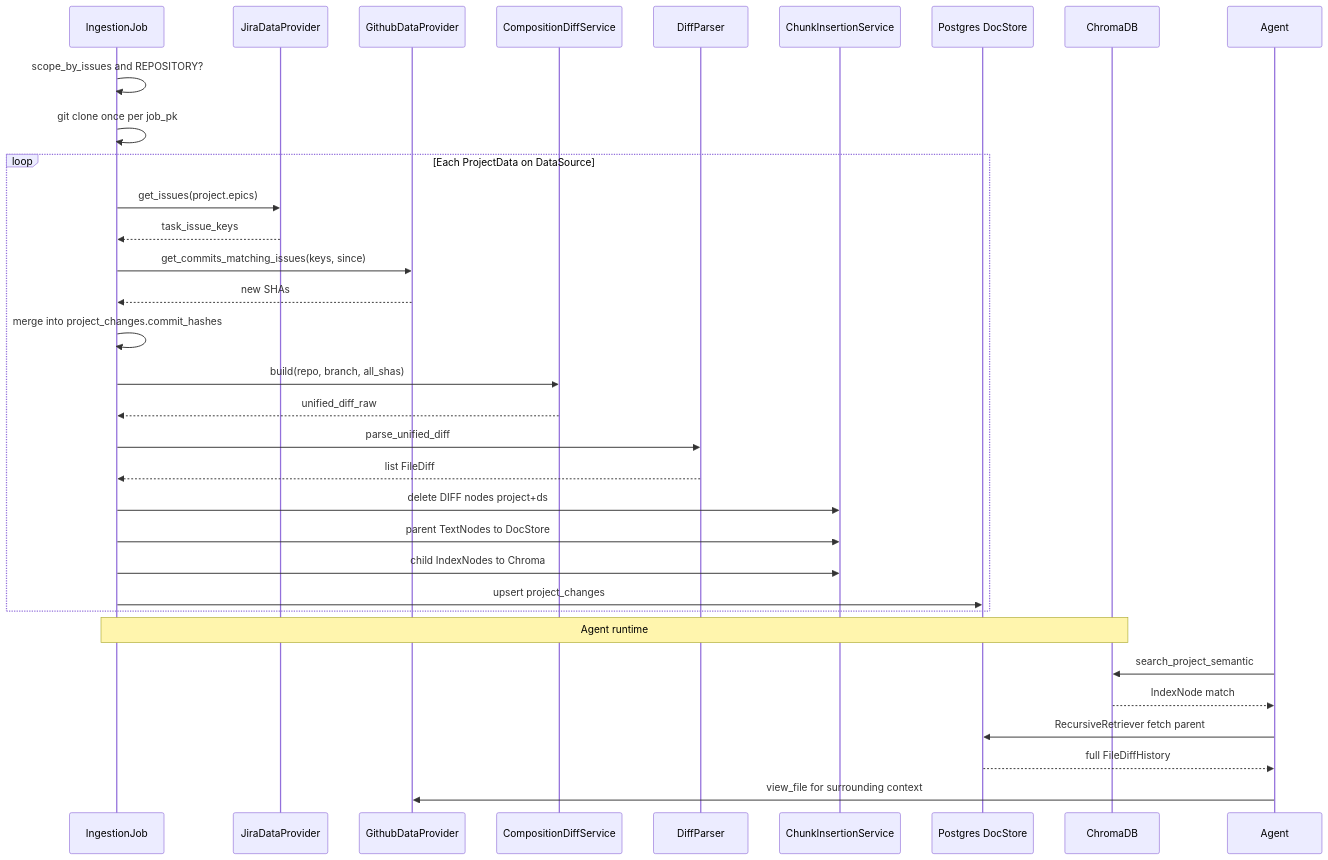
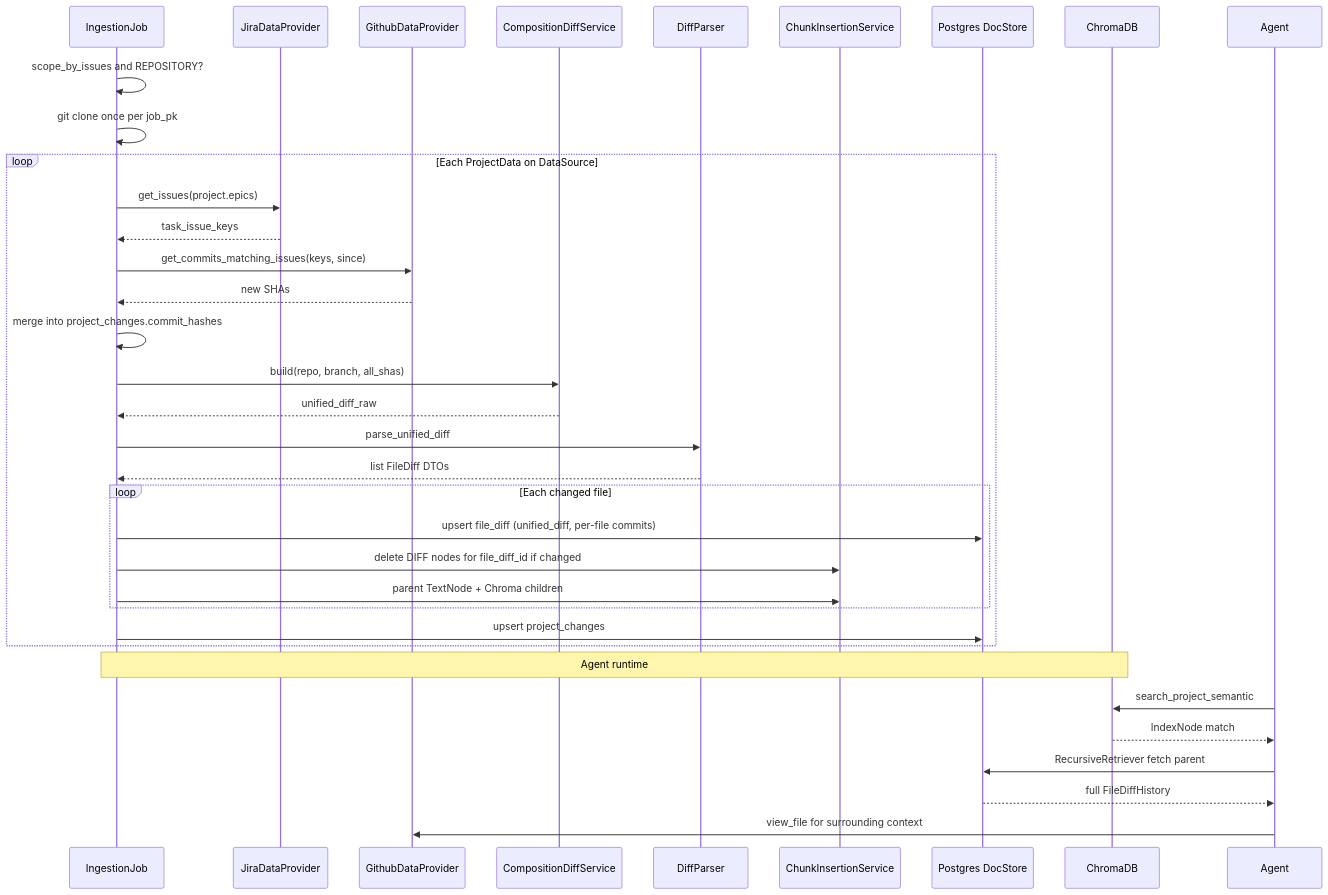
The diagram in PROJECT_SCOPING_FINAL_PLAN.md (KBavis/project-context), drawn with Mermaid before and after one commit. The commit also changed other lines of this file, not shown here.

Commit message:
docs: latest plan for implemetning project scoping

````diff
--- a/PROJECT_SCOPING_FINAL_PLAN.md
+++ b/PROJECT_SCOPING_FINAL_PLAN.md
@@ -901,39 +1128,41 @@
 ```mermaid
 sequenceDiagram
     participant Job as IngestionJob
     participant Jira as JiraDataProvider
     participant GH as GithubDataProvider
     participant Comp as CompositionDiffService
     participant Parse as DiffParser
     participant CIS as ChunkInsertionService
     participant PG as Postgres DocStore
     participant Chroma as ChromaDB
 
     Job->>Job: scope_by_issues and REPOSITORY?
     Job->>Job: git clone once per job_pk
 
     loop Each ProjectData on DataSource
         Job->>Jira: get_issues(project.epics)
         Jira-->>Job: task_issue_keys
         Job->>GH: get_commits_matching_issues(keys, since)
         GH-->>Job: new SHAs
         Job->>Job: merge into project_changes.commit_hashes
         Job->>Comp: build(repo, branch, all_shas)
         Comp-->>Job: unified_diff_raw
         Job->>Parse: parse_unified_diff
-        Parse-->>Job: list FileDiff
-        Job->>CIS: delete DIFF nodes project+ds
-        Job->>CIS: parent TextNodes to DocStore
-        Job->>CIS: child IndexNodes to Chroma
+        Parse-->>Job: list FileDiff DTOs
+        loop Each changed file
+            Job->>PG: upsert file_diff (unified_diff, per-file commits)
+            Job->>CIS: delete DIFF nodes for file_diff_id if changed
+            Job->>CIS: parent TextNode + Chroma children
+        end
         Job->>PG: upsert project_changes
     end
 
     Note over Job,Chroma: Agent runtime
 
     participant Agent
     Agent->>Chroma: search_project_semantic
     Chroma-->>Agent: IndexNode match
     Agent->>PG: RecursiveRetriever fetch parent
     PG-->>Agent: full FileDiffHistory
     Agent->>GH: view_file for surrounding context
 ```
````
